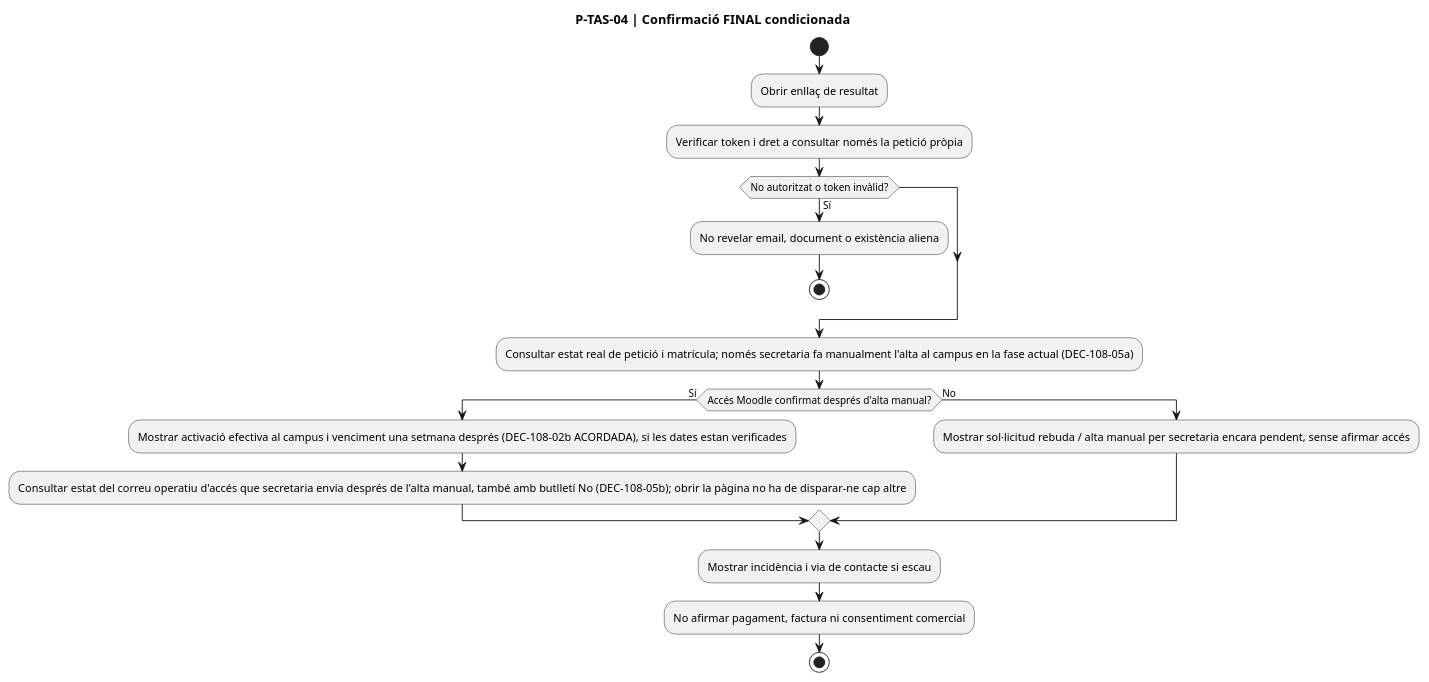
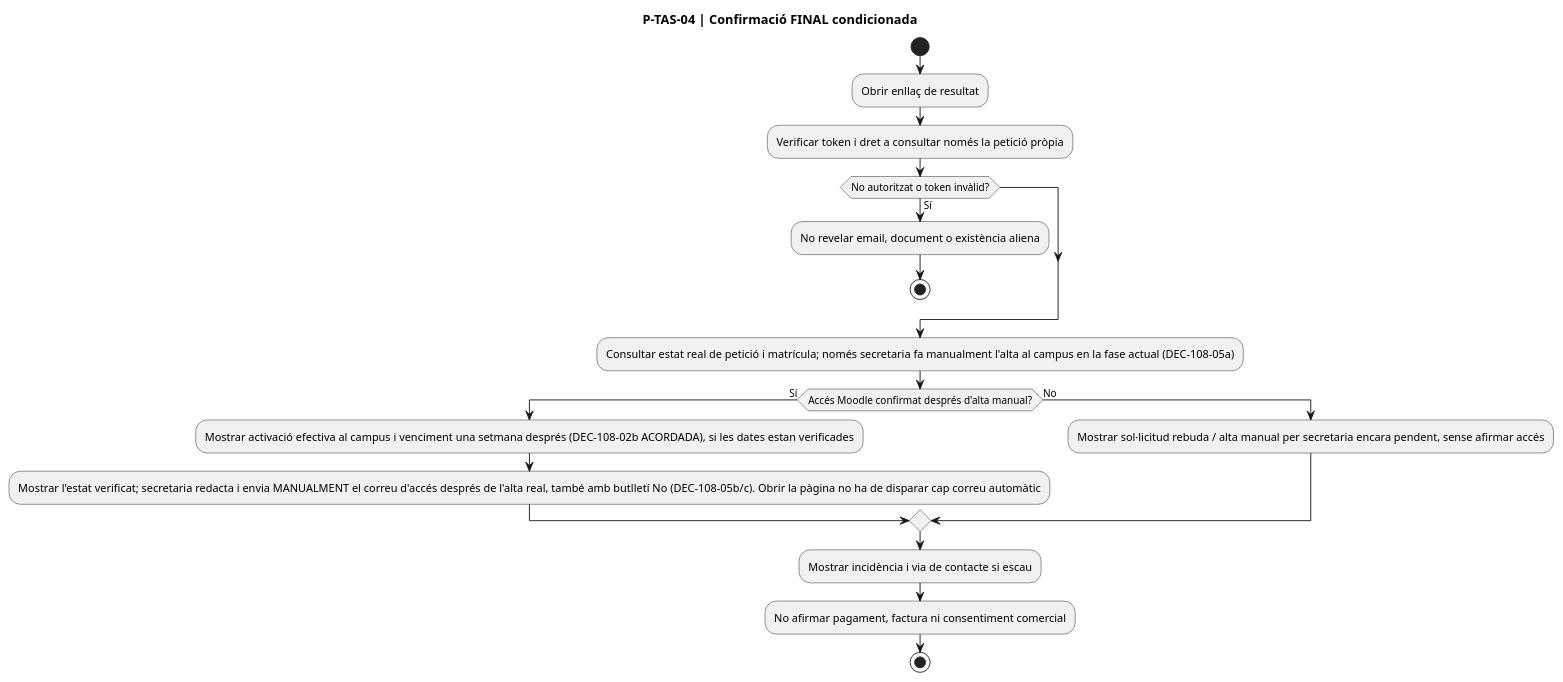
Diagram 28 of 32 in documentacio/07-uml-integrat/uc-108-activitats-pagines-tastets-actual-final.md (orgmeriemprismacat-del/verifactu), drawn with PlantUML before and after one commit. The commit also changed other lines of this file, not shown here.

Commit message:
docs(uml uc-108): explicit manual drafting and sending of access email, no automatic dispatch

````diff
--- a/documentacio/07-uml-integrat/uc-108-activitats-pagines-tastets-actual-final.md
+++ b/documentacio/07-uml-integrat/uc-108-activitats-pagines-tastets-actual-final.md
@@ -708,22 +708,22 @@
 ```plantuml
 @startuml
 title P-TAS-04 | Confirmació FINAL condicionada
 start
 :Obrir enllaç de resultat;
 :Verificar token i dret a consultar només la petició pròpia;
 if (No autoritzat o token invàlid?) then (Sí)
   :No revelar email, document o existència aliena;
   stop
 endif
  :Consultar estat real de petició i matrícula; només secretaria fa manualment l'alta al campus en la fase actual (DEC-108-05a);
 if (Accés Moodle confirmat després d'alta manual?) then (Sí)
   :Mostrar activació efectiva al campus i venciment una setmana després (DEC-108-02b ACORDADA), si les dates estan verificades;
-  :Consultar estat del correu operatiu d'accés que secretaria envia després de l'alta manual, també amb butlletí No (DEC-108-05b); obrir la pàgina no ha de disparar-ne cap altre;
+  :Mostrar l'estat verificat; secretaria redacta i envia MANUALMENT el correu d'accés després de l'alta real, també amb butlletí No (DEC-108-05b/c). Obrir la pàgina no ha de disparar cap correu automàtic;
 else (No)
   :Mostrar sol·licitud rebuda / alta manual per secretaria encara pendent, sense afirmar accés;
 endif
 :Mostrar incidència i via de contacte si escau;
 :No afirmar pagament, factura ni consentiment comercial;
 stop
 @enduml
 ```
````
